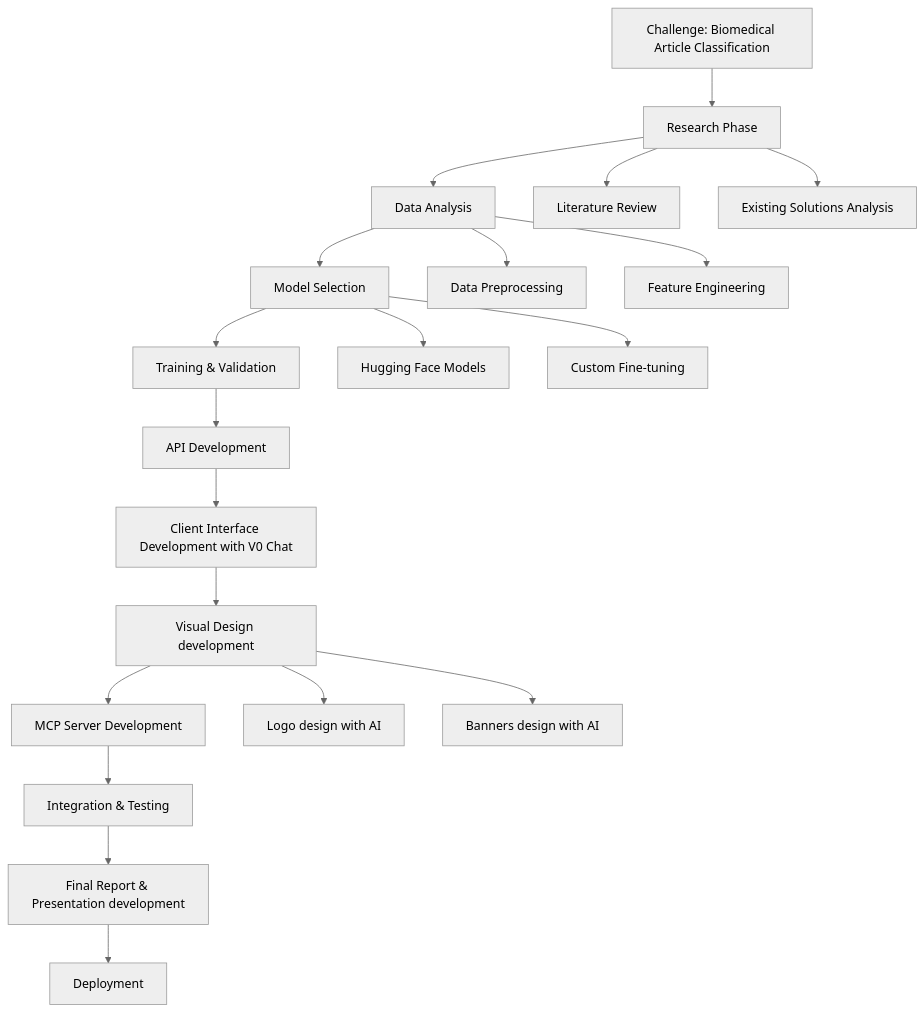
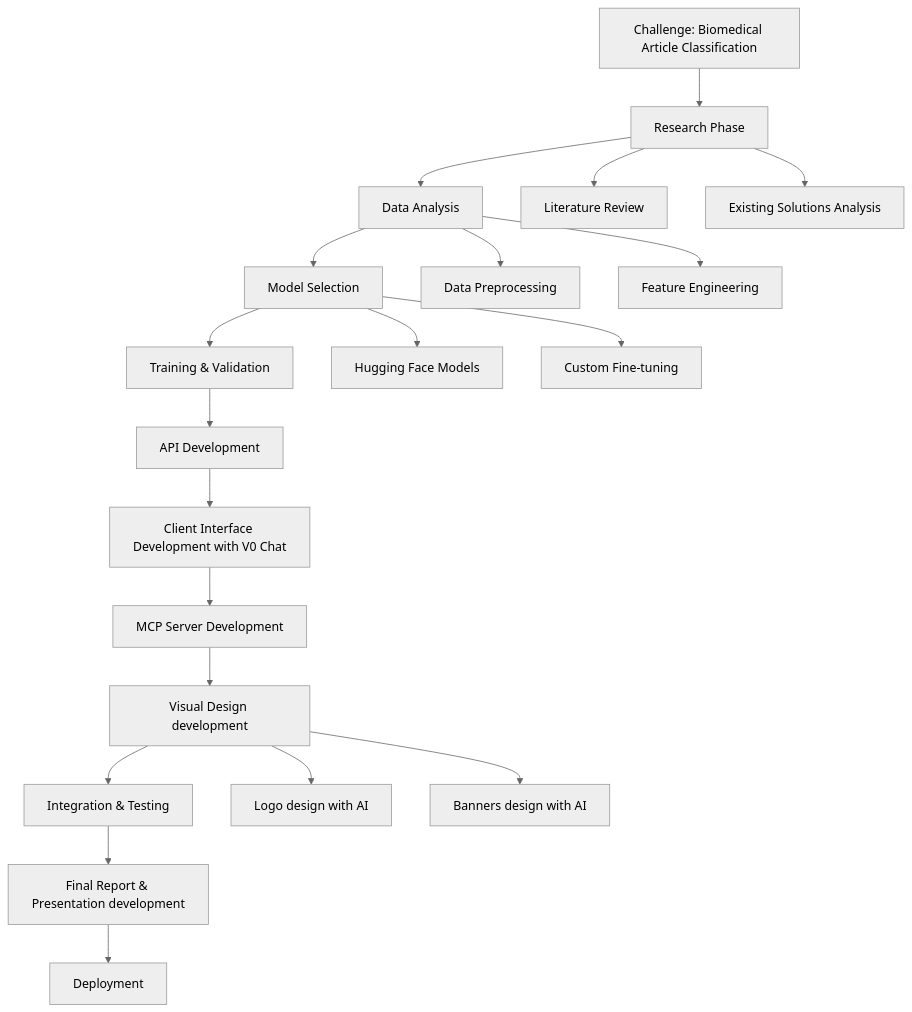
The first of 5 diagrams in README.md (tomkat-cr/abstractgo), drawn with Mermaid (neutral theme) before and after one commit. The commit also changed other lines of this file, not shown here.

Commit message:
Update README: Revise project description for clarity, enhance resource links, and improve system flow diagrams. Adjust installation instructions and add future feature suggestions, including better authentication and database integration.

````diff
--- a/README.md
+++ b/README.md
@@ -379,24 +379,24 @@
 ```mermaid
 flowchart TD
     A[Challenge: Biomedical Article Classification] --> B[Research Phase]
     B --> C[Data Analysis]
     C --> D[Model Selection]
     D --> E[Training & Validation]
     E --> F[API Development]
     F --> G[Client Interface Development with V0 Chat]
-    G --> H[Visual Design development]
-    H --> I[MCP Server Development]
+    G --> H[MCP Server Development]
+    H --> I[Visual Design development]
     I --> J[Integration & Testing]
     J --> K[Final Report & Presentation development]
     K --> L[Deployment]
     
     B --> B1[Literature Review]
     B --> B2[Existing Solutions Analysis]
     C --> C1[Data Preprocessing]
     C --> C2[Feature Engineering]
     D --> D1[Hugging Face Models]
     D --> D2[Custom Fine-tuning]
 
-    H --> H1[Logo design with AI]
-    H --> H2[Banners design with AI]
+    I --> I1[Logo design with AI]
+    I --> I2[Banners design with AI]
 ```
````
